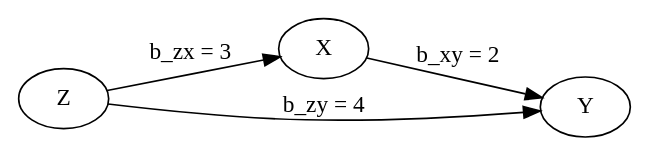
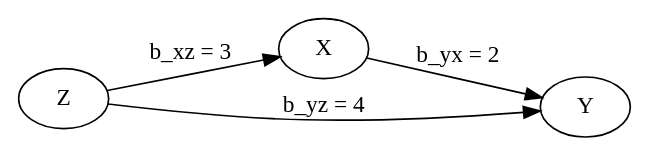
Before and after one commit to vdeni/causal-inference_bayes-and-dags: the second of 3 diagrams in reports/exploring-causality.qmd, drawn with Graphviz. The commit also changed other lines of this file and 2 other files, not shown here.

````diff
--- a/reports/exploring-causality.qmd
+++ b/reports/exploring-causality.qmd
@@ -83,11 +84,11 @@
 ```{dot fig_dag_effects}
 //| fig-cap: Causal effects for three variables, simple confounding scenario.
 //| label: fig-three-var-confounding-effs
 digraph effects_G {
     layout=dot;
     rankdir=LR;
-    X -> Y [label="b_xy = 2"];
-    Z -> X [label="b_zx = 3"];
-    Z -> Y [label="b_zy = 4"];
+    X -> Y [label="b_yx = 2"];
+    Z -> X [label="b_xz = 3"];
+    Z -> Y [label="b_yz = 4"];
 }
 ```
````
